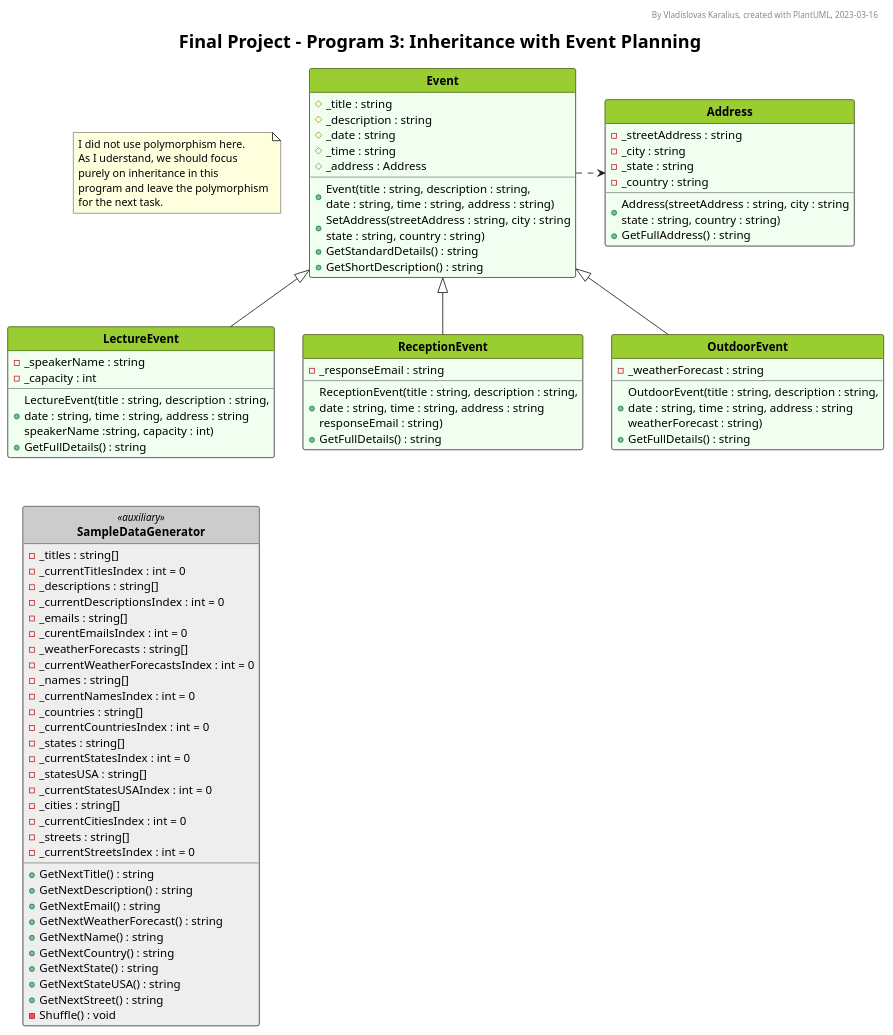
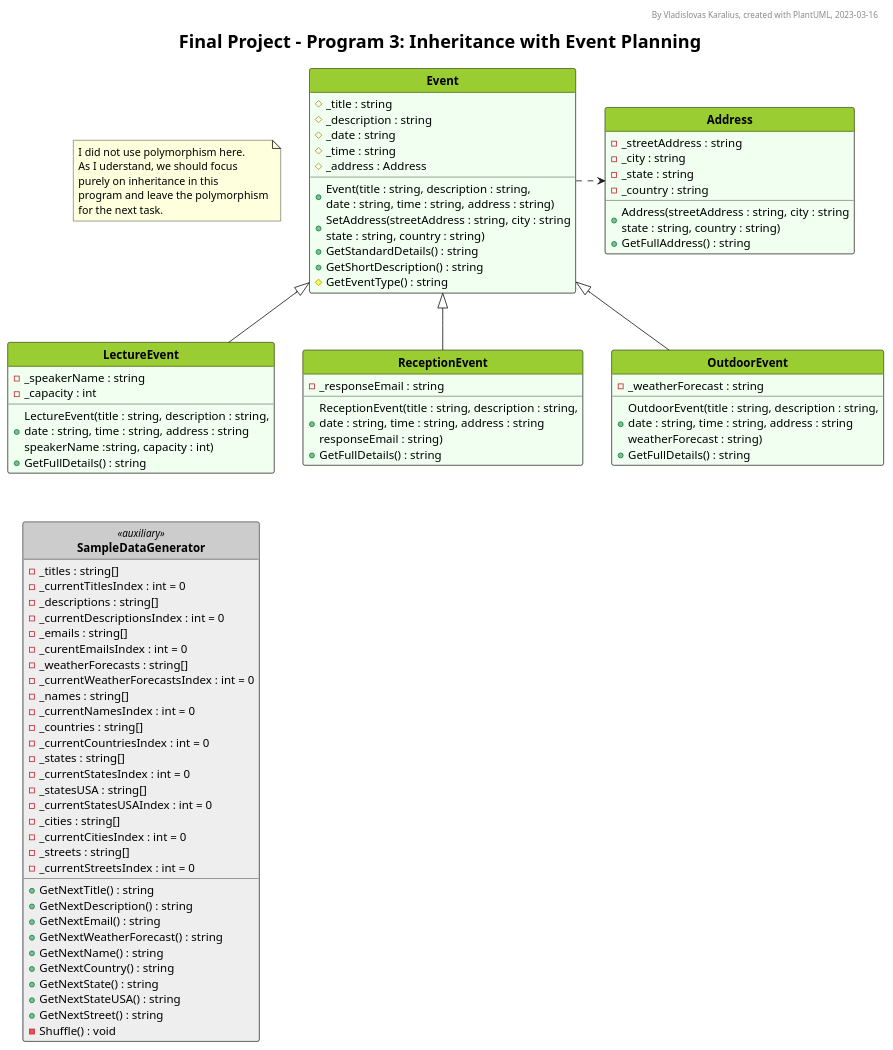
Before and after one commit to VladKaralius/cse210-projects: the diagram in final/Foundation3/UML_diagram.pu, drawn with PlantUML. The commit also changed 3 other files, not shown here.

```diff
--- a/final/Foundation3/UML_diagram.pu
+++ b/final/Foundation3/UML_diagram.pu
@@ -1,158 +1,159 @@
 @startuml UML_diagram
 
 '--Formatting options--
 hide circle
 hide empty members
 'skinparam classAttributeIconSize 0
 skinparam style strictuml
 'skinparam groupInheritance 2
 'skinparam linetype ortho
 'skinparam Nodesep 15
 'skinparam Ranksep 25
 'left to right direction
 
 '--Styling--
 'skinparam BackgroundColor White/LightGreen
 skinparam TitleFontSize 22
 
 <style>
 classDiagram {
   class {
     '-attributes and methods-
     'FontSize 14
     'FontColor black
     'BackgroundColor #fefece
     BackgroundColor #f0fff0
     'RoundCorner 0
     '-class name-
     header {
       'FontSize 12
       'FontColor Black
       FontStyle bold
       BackgroundColor YellowGreen
     }
 
     ' Alternative class style 1
     .gaming {
       BackgroundColor Bisque
       header {
         BackgroundColor Orange
       }
     }
 
     ' Alternative class style 2
     .auxiliary {
       BackgroundColor #eeeeee
       header {
         BackgroundColor #cccccc
       }
     }
   }
   
   ' note {
   '   BackgroundColor Yellow
   ' }
   legend {
     FontSize 18
   }
 </style>
 
 '--Header, title, caption--
 header By Vladislovas Karalius, created with PlantUML, 2023-03-16
 title Final Project - Program 3: Inheritance with Event Planning
 
 '--Main--
 class Event {
   # _title : string
   # _description : string
   # _date : string
   # _time : string
   # _address : Address
   + Event(title : string, description : string,\ndate : string, time : string, address : string)
   + SetAddress(streetAddress : string, city : string\nstate : string, country : string)
   + GetStandardDetails() : string
   + GetShortDescription() : string
+  # GetEventType() : string
 }
 
 class Address {
   - _streetAddress : string
   - _city : string
   - _state : string
   - _country : string
   + Address(streetAddress : string, city : string\nstate : string, country : string)
   + GetFullAddress() : string
 }
 
 class LectureEvent extends Event {
 - _speakerName : string
 - _capacity : int
 + LectureEvent(title : string, description : string,\ndate : string, time : string, address : string\nspeakerName :string, capacity : int)
 + GetFullDetails() : string
 }
 
 class ReceptionEvent extends Event {
 - _responseEmail : string
 + ReceptionEvent(title : string, description : string,\ndate : string, time : string, address : string\nresponseEmail : string)
 + GetFullDetails() : string
 }
 
 class OutdoorEvent extends Event {
 - _weatherForecast : string
 + OutdoorEvent(title : string, description : string,\ndate : string, time : string, address : string\nweatherForecast : string)
 + GetFullDetails() : string
 }
 
 class SampleDataGenerator <<auxiliary>> {
   - _titles : string[]
   - _currentTitlesIndex : int = 0
   - _descriptions : string[]
   - _currentDescriptionsIndex : int = 0
   - _emails : string[]
   - _curentEmailsIndex : int = 0
   - _weatherForecasts : string[]
   - _currentWeatherForecastsIndex : int = 0
   - _names : string[]
   - _currentNamesIndex : int = 0
   - _countries : string[]
   - _currentCountriesIndex : int = 0
   - _states : string[]
   - _currentStatesIndex : int = 0
   - _statesUSA : string[]
   - _currentStatesUSAIndex : int = 0
   - _cities : string[]
   - _currentCitiesIndex : int = 0
   - _streets : string[]
   - _currentStreetsIndex : int = 0
   + GetNextTitle() : string
   + GetNextDescription() : string
   + GetNextEmail() : string
   + GetNextWeatherForecast() : string
   + GetNextName() : string
   + GetNextCountry() : string
   + GetNextState() : string
   + GetNextStateUSA() : string
   + GetNextStreet() : string
   - Shuffle() : void
 }
 
 note as Note1
 I did not use polymorphism here.
 As I uderstand, we should focus
 purely on inheritance in this
 program and leave the polymorphism
 for the next task.
 endnote
 
 Event .> Address
 Event .l[hidden] Note1
 LectureEvent .[hidden]. SampleDataGenerator
 
 
 '--Description--
 ' legend bottom
 ' <size:22>__**Core Requirements**__
 ' The program has one base class **Activity**. This class contains the attributes and methods
 ' that are common to all activities. Certain functions are put into separate classes as follows:
 ' endlegend
 
 @enduml
```
